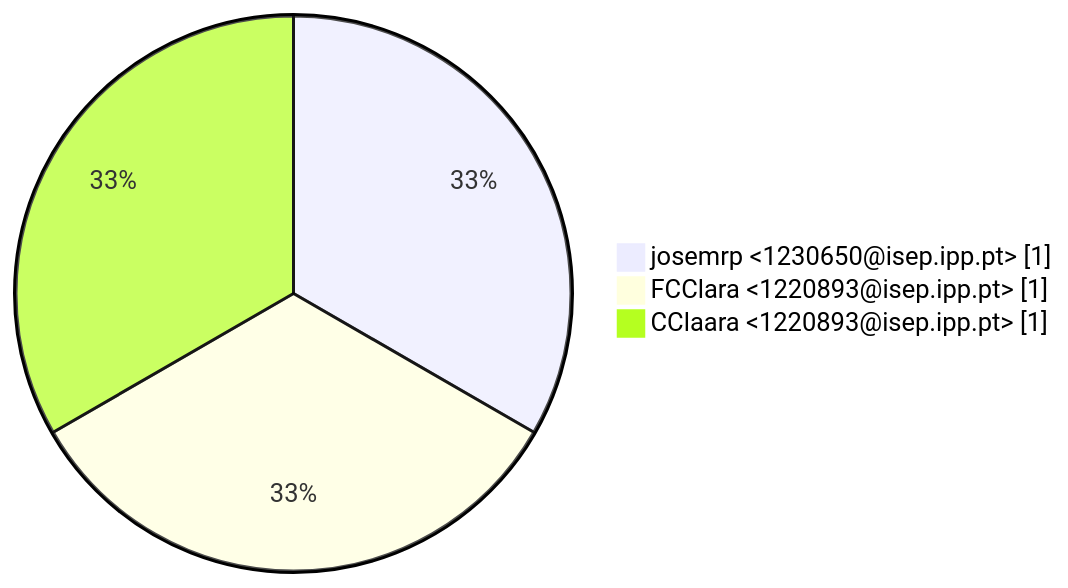
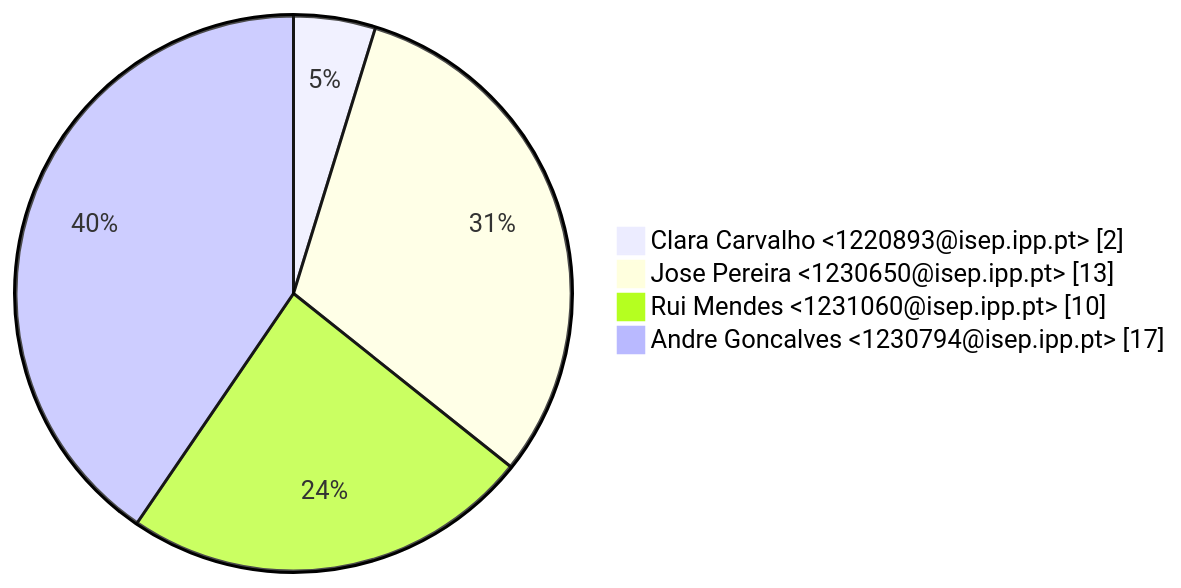
Before and after one commit to RacoonOverFlow/LSIS1_Grupo4: the first of 3 diagrams in GitAnalysis/Sprint_1/Contributions.md, drawn with Mermaid. The commit also changed other lines of this file and 1 other file, not shown here.

````diff
--- a/GitAnalysis/Sprint_1/Contributions.md
+++ b/GitAnalysis/Sprint_1/Contributions.md
@@ -9,6 +10,7 @@
 ```mermaid
 pie showData
-    " josemrp <1230650@isep.ipp.pt>" : 1
-    " FCClara <1220893@isep.ipp.pt>" : 1
-    " CClaara <1220893@isep.ipp.pt>" : 1
+    " Clara Carvalho <1220893@isep.ipp.pt>" : 2
+    " Jose Pereira <1230650@isep.ipp.pt>" : 13
+    " Rui Mendes <1231060@isep.ipp.pt>" : 10
+    " Andre Goncalves <1230794@isep.ipp.pt>" : 17
 ```
````
